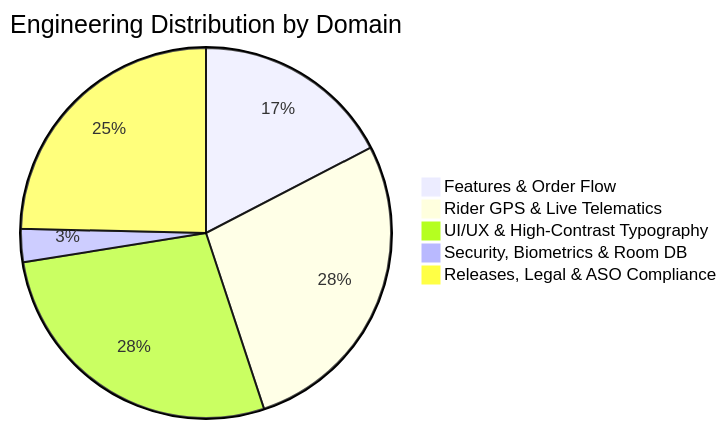
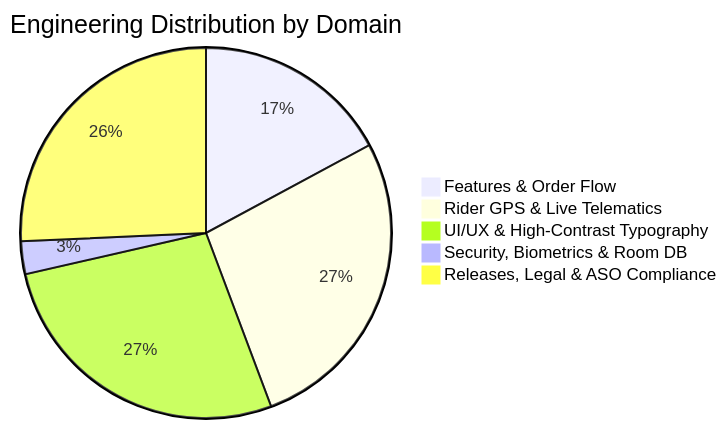
One commit to daniyal44/Zyphuel-App changed the second of 2 diagrams in README.md. Above: the diagram before and after it, drawn with Mermaid. The commit also changed other lines of this file, not shown here.

Commit message:
chore(dashboard): auto-update code-based engineering velocity graph [skip ci]

````diff
--- a/README.md
+++ b/README.md
@@ -60,8 +60,8 @@
 ```mermaid
 pie title Engineering Distribution by Domain
     "Features & Order Flow" : 12
     "Rider GPS & Live Telematics" : 19
     "UI/UX & High-Contrast Typography" : 19
     "Security, Biometrics & Room DB" : 2
-    "Releases, Legal & ASO Compliance" : 17
+    "Releases, Legal & ASO Compliance" : 18
 ```
````
